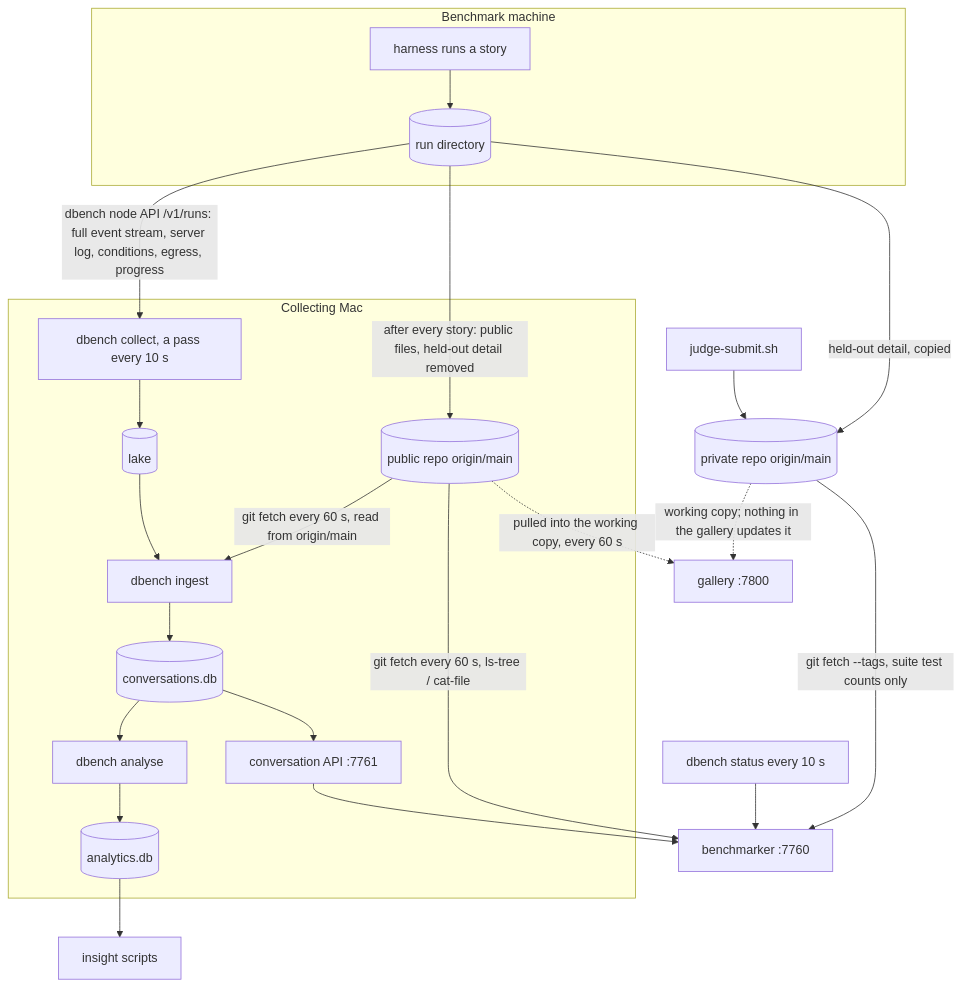
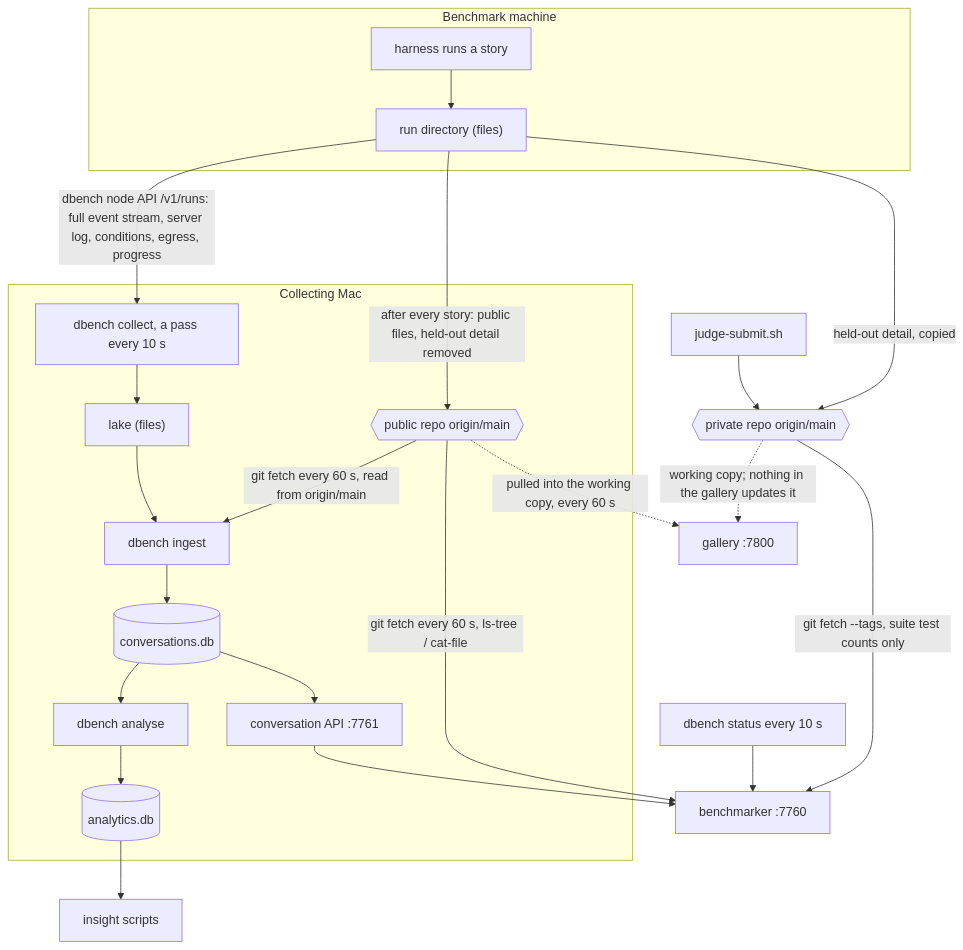
The first of 8 diagrams in docs/dataflow.md (boxabirds/awesome-local-ai), drawn with Mermaid before and after one commit. The commit also changed other lines of this file, not shown here.

Commit message:
docs: dataflow.md draws only the two SQLite files as databases, the run directory and lake as files, the repos as repos

````diff
--- a/docs/dataflow.md
+++ b/docs/dataflow.md
@@ -21,28 +25,28 @@
 ```mermaid
 flowchart TD
   subgraph node["Benchmark machine"]
-    H[harness runs a story] --> RD[(run directory)]
+    H[harness runs a story] --> RD["run directory (files)"]
   end
-  RD -- "after every story: public files, held-out detail removed" --> PUB[(public repo origin/main)]
-  RD -- "held-out detail, copied" --> PRIV[(private repo origin/main)]
+  RD -- "after every story: public files, held-out detail removed" --> PUB{{public repo origin/main}}
+  RD -- "held-out detail, copied" --> PRIV{{private repo origin/main}}
   JS[judge-submit.sh] --> PRIV
   RD -- "dbench node API /v1/runs: full event stream, server log, conditions, egress, progress" --> COL
 
   subgraph mac["Collecting Mac"]
-    COL[dbench collect, a pass every 10 s] --> LAKE[(lake)]
+    COL[dbench collect, a pass every 10 s] --> LAKE["lake (files)"]
     PUB -- "git fetch every 60 s, read from origin/main" --> ING
     LAKE --> ING[dbench ingest]
     ING --> WH[(conversations.db)]
     WH --> AN[dbench analyse]
     AN --> ADB[(analytics.db)]
     WH --> API["conversation API :7761"]
   end
 
   PUB -- "git fetch every 60 s, ls-tree / cat-file" --> BM[benchmarker :7760]
   PRIV -- "git fetch --tags, suite test counts only" --> BM
   API --> BM
   DB[dbench status every 10 s] --> BM
   PUB -. "pulled into the working copy, every 60 s" .-> GAL[gallery :7800]
   PRIV -. "working copy; nothing in the gallery updates it" .-> GAL
   ADB --> INS[insight scripts]
 ```
````
